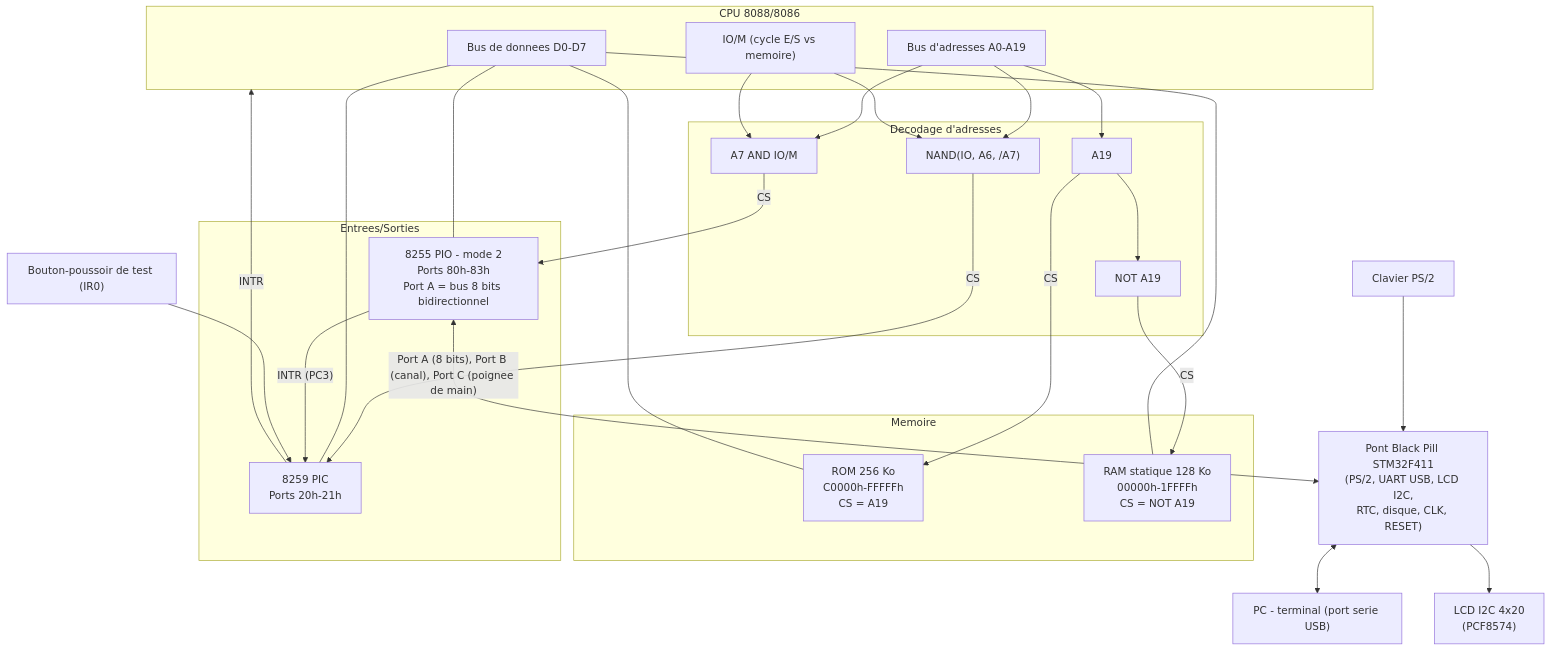
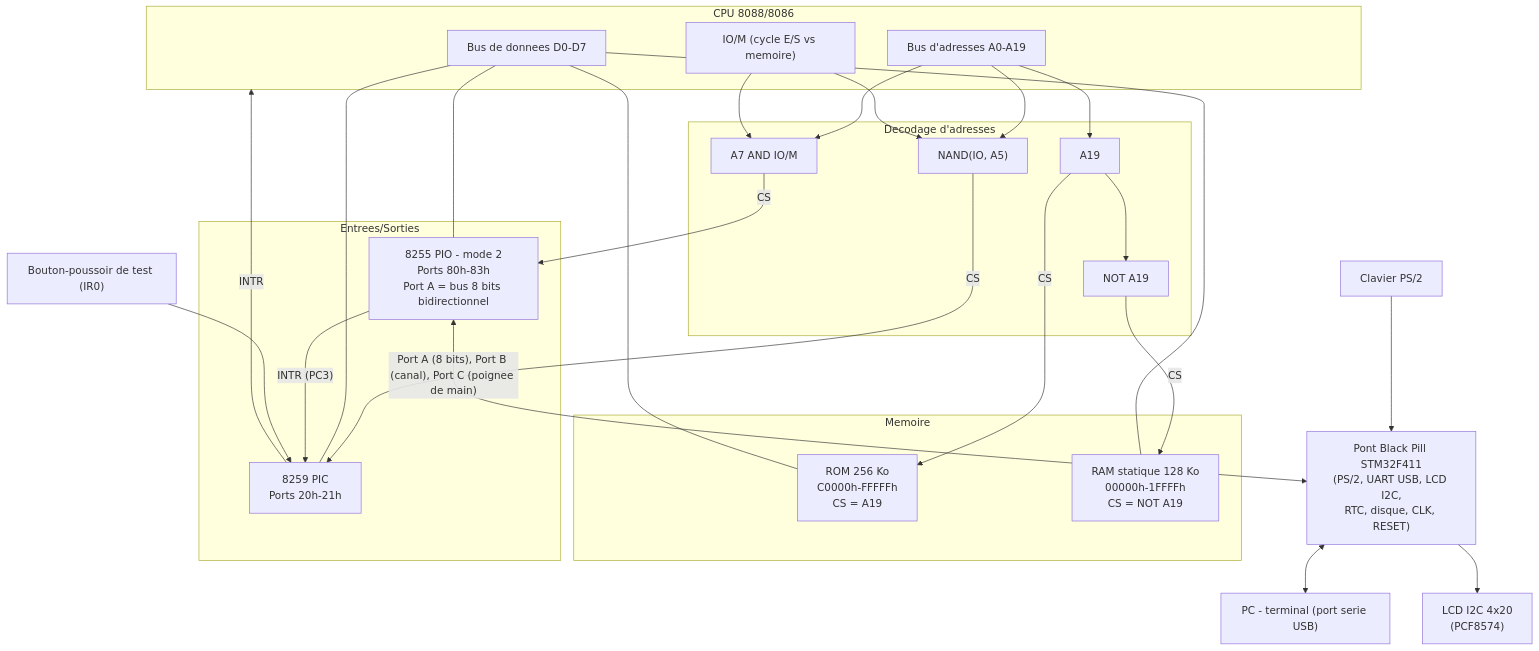
The diagram in Solution-01/README.md (ve2cuy/breadboard-PC), drawn with Mermaid before and after one commit. The commit also changed other lines of this file and 3 other files, not shown here.

````diff
--- a/Solution-01/README.md
+++ b/Solution-01/README.md
@@ -106,56 +106,56 @@
 ```mermaid
 flowchart TD
     subgraph CPU["CPU 8088/8086"]
         AB["Bus d'adresses A0-A19"]
         DB["Bus de donnees D0-D7"]
         IOM["IO/M (cycle E/S vs memoire)"]
     end
 
     subgraph DEC["Decodage d'adresses"]
         A19G["A19"]
         NOTA19["NOT A19"]
         A7IO["A7 AND IO/M"]
-        PICCS["NAND(IO, A6, /A7)"]
+        PICCS["NAND(IO, A5)"]
     end
 
     subgraph MEM["Memoire"]
         ROM["ROM 256 Ko\nC0000h-FFFFFh\nCS = A19"]
         RAM["RAM statique 128 Ko\n00000h-1FFFFh\nCS = NOT A19"]
     end
 
     subgraph IOBLK["Entrees/Sorties"]
         PIO["8255 PIO - mode 2\nPorts 80h-83h\nPort A = bus 8 bits bidirectionnel"]
         PIC["8259 PIC\nPorts 20h-21h"]
     end
 
     ARD["Pont Black Pill STM32F411\n(PS/2, UART USB, LCD I2C,\nRTC, disque, CLK, RESET)"]
     PS2["Clavier PS/2"]
     PC["PC - terminal (port serie USB)"]
     LCD["LCD I2C 4x20\n(PCF8574)"]
     BTN["Bouton-poussoir de test (IR0)"]
 
     AB --> A19G
     A19G --> NOTA19
     AB --> A7IO
     IOM --> A7IO
     AB --> PICCS
     IOM --> PICCS
 
     A19G -->|CS| ROM
     NOTA19 -->|CS| RAM
     A7IO -->|CS| PIO
     PICCS -->|CS| PIC
 
     DB --- ROM
     DB --- RAM
     DB --- PIO
     DB --- PIC
 
     PIO <-->|"Port A (8 bits), Port B (canal), Port C (poignee de main)"| ARD
     PIO -->|"INTR (PC3)"| PIC
     BTN --> PIC
     PIC -->|INTR| CPU
     PS2 --> ARD
     ARD <--> PC
     ARD --> LCD
 ```
````
